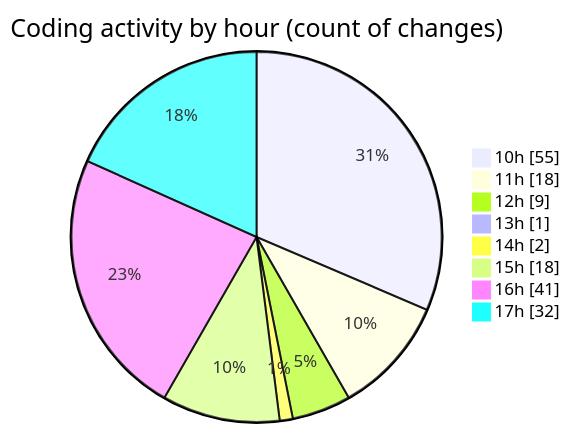
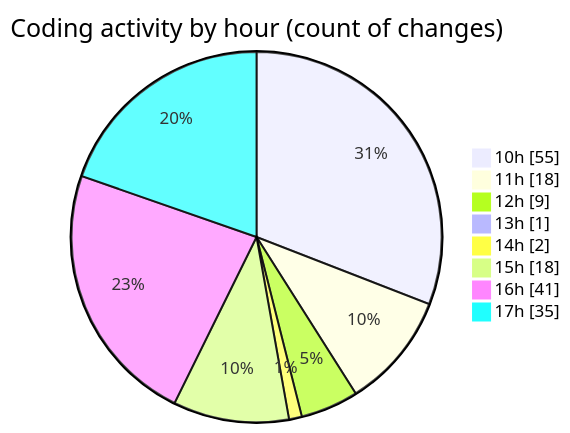
One commit to nxtqubesakshisongat/code-tracking changed the second of 2 diagrams in 2026-03-06/nxtqube_webapp/README.md. Above: the diagram before and after it, drawn with Mermaid. The commit also changed other lines of this file and 1 other file, not shown here.

````diff
--- a/2026-03-06/nxtqube_webapp/README.md
+++ b/2026-03-06/nxtqube_webapp/README.md
@@ -41,12 +41,12 @@
 ```mermaid
 pie showData
 title Coding activity by hour (count of changes)
 "10h" : 55
 "11h" : 18
 "12h" : 9
 "13h" : 1
 "14h" : 2
 "15h" : 18
 "16h" : 41
-"17h" : 32
+"17h" : 35
 ```
````
